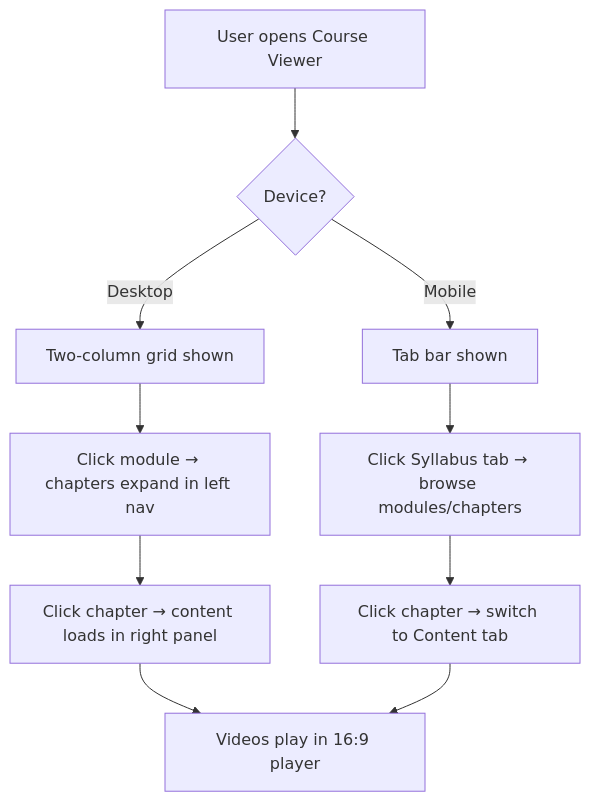
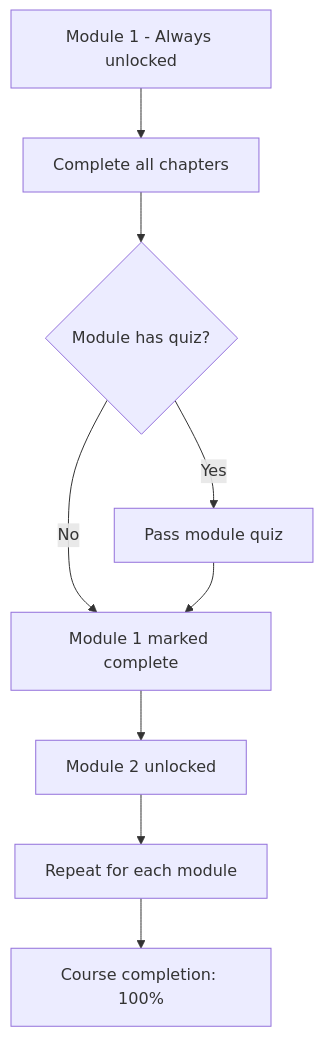
Before and after one commit to laveshgaur/LearnFlow: the seventh of 8 diagrams in FUNCTIONAL_DOCUMENT.md, drawn with Mermaid. The commit also changed other lines of this file and 11 other files, not shown here.

````diff
--- a/FUNCTIONAL_DOCUMENT.md
+++ b/FUNCTIONAL_DOCUMENT.md
@@ -213,12 +343,11 @@
 ```mermaid
 flowchart TD
-A[User opens Course Viewer] --> B{Device?}
-B -->|Desktop| C[Two-column grid shown]
-B -->|Mobile| D[Tab bar shown]
-C --> E[Click module → chapters expand in left nav]
-D --> E2[Click Syllabus tab → browse modules/chapters]
-E --> F[Click chapter → content loads in right panel]
-E2 --> F2[Click chapter → switch to Content tab]
-F --> G[Videos play in 16:9 player]
-F2 --> G
+A[Module 1 - Always unlocked] --> B[Complete all chapters]
+B --> C{Module has quiz?}
+C -->|Yes| D[Pass module quiz]
+C -->|No| E[Module 1 marked complete]
+D --> E
+E --> F[Module 2 unlocked]
+F --> G[Repeat for each module]
+G --> H[Course completion: 100%]
 ```
````
